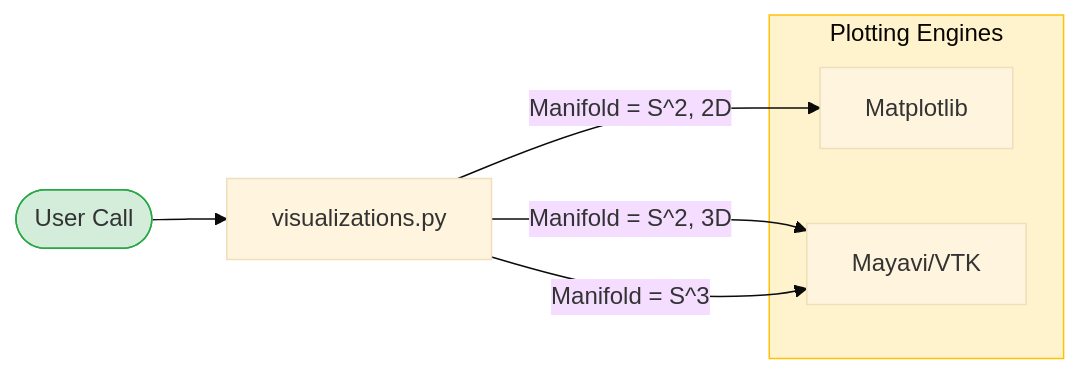
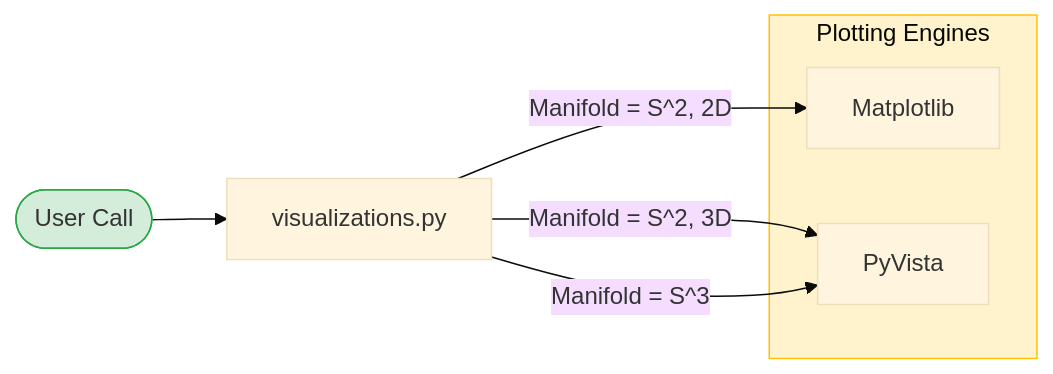
One commit to penguian/eqsp changed the second of 2 diagrams in doc/maintainer/design_and_architecture.md. Above: the diagram before and after it, drawn with Mermaid (base theme). The commit also changed other lines of this file and 32 other files, not shown here.

````diff
--- a/doc/maintainer/design_and_architecture.md
+++ b/doc/maintainer/design_and_architecture.md
@@ -44,16 +44,16 @@
 ```{mermaid}
 graph LR
     User([User Call]) --> V[visualizations.py]
 
     V -->|Manifold = S^2, 2D| MAT[Matplotlib]
-    V -->|Manifold = S^2, 3D| MAY[Mayavi/VTK]
-    V -->|Manifold = S^3| MAY
+    V -->|Manifold = S^2, 3D| PV[PyVista]
+    V -->|Manifold = S^3| PV
 
     subgraph Backends ["Plotting Engines"]
         MAT
-        MAY
+        PV
     end
 
     style User fill:#d4edda,stroke:#28a745
     style Backends fill:#fff3cd,stroke:#ffc107
 ```
````
